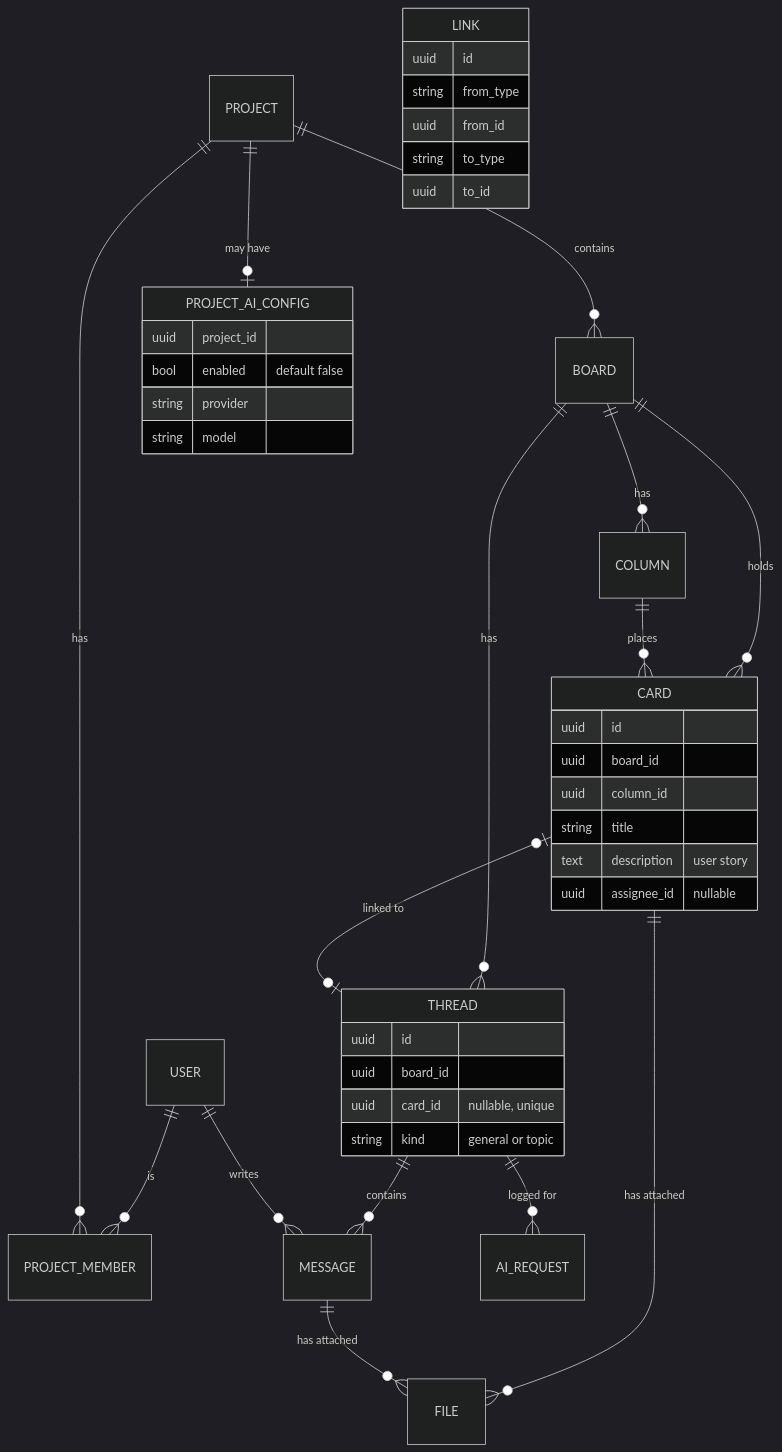
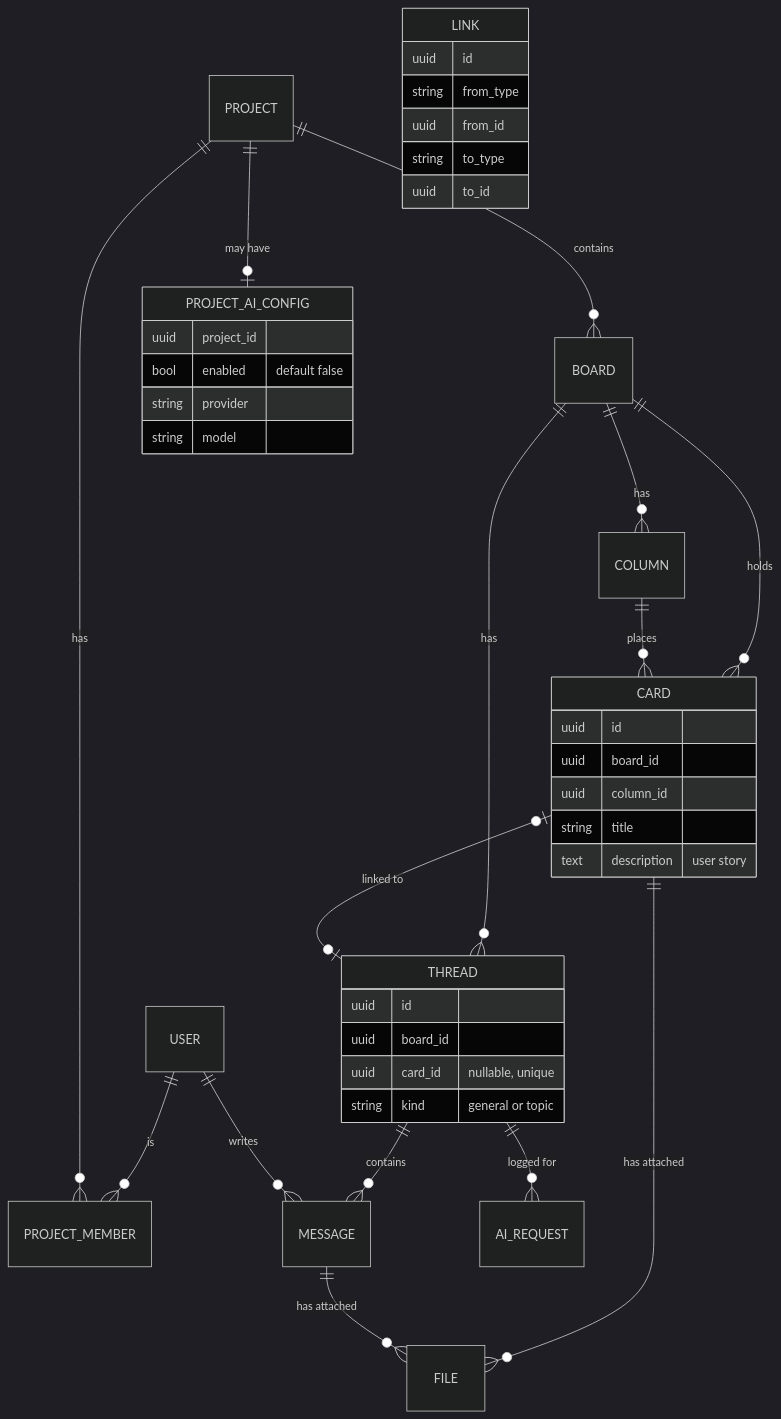
One commit to jongane/Tessera changed the diagram in docs/data-model.md. Above: the diagram before and after it, drawn with Mermaid (dark theme). The commit also changed other lines of this file and 1 other file, not shown here.

First line of the commit message:
docs: record the agreed assignee, label, due date and delete rules

````diff
--- a/docs/data-model.md
+++ b/docs/data-model.md
@@ -7,45 +7,44 @@
 ```mermaid
 erDiagram
     USER ||--o{ PROJECT_MEMBER : "is"
     PROJECT ||--o{ PROJECT_MEMBER : "has"
     PROJECT ||--o{ BOARD : "contains"
     PROJECT ||--o| PROJECT_AI_CONFIG : "may have"
     BOARD ||--o{ COLUMN : "has"
     BOARD ||--o{ CARD : "holds"
     COLUMN ||--o{ CARD : "places"
     BOARD ||--o{ THREAD : "has"
     CARD |o--o| THREAD : "linked to"
     THREAD ||--o{ MESSAGE : "contains"
     USER ||--o{ MESSAGE : "writes"
     CARD ||--o{ FILE : "has attached"
     MESSAGE ||--o{ FILE : "has attached"
     THREAD ||--o{ AI_REQUEST : "logged for"
 
     THREAD {
         uuid id
         uuid board_id
         uuid card_id "nullable, unique"
         string kind "general or topic"
     }
     PROJECT_AI_CONFIG {
         uuid project_id
         bool enabled "default false"
         string provider
         string model
     }
     CARD {
         uuid id
         uuid board_id
         uuid column_id
         string title
         text description "user story"
-        uuid assignee_id "nullable"
     }
     LINK {
         uuid id
         string from_type
         uuid from_id
         string to_type
         uuid to_id
     }
 ```
````
